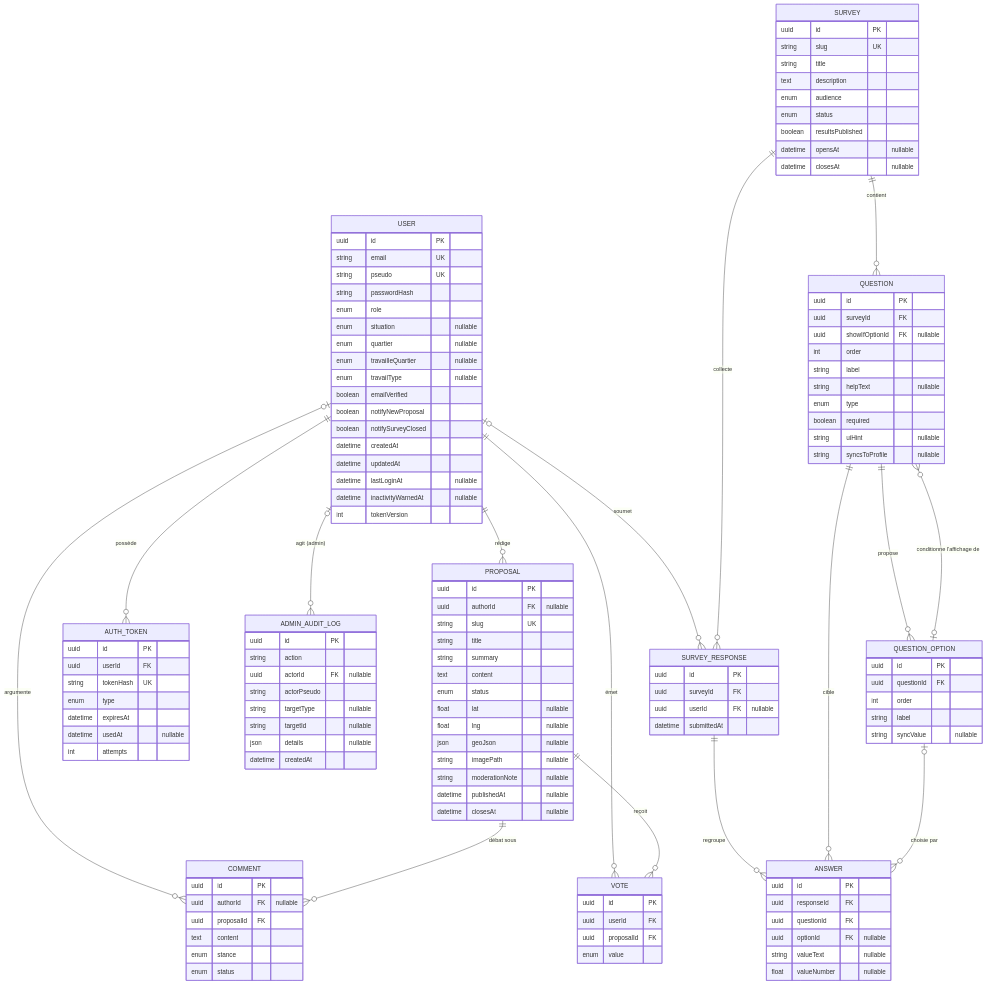
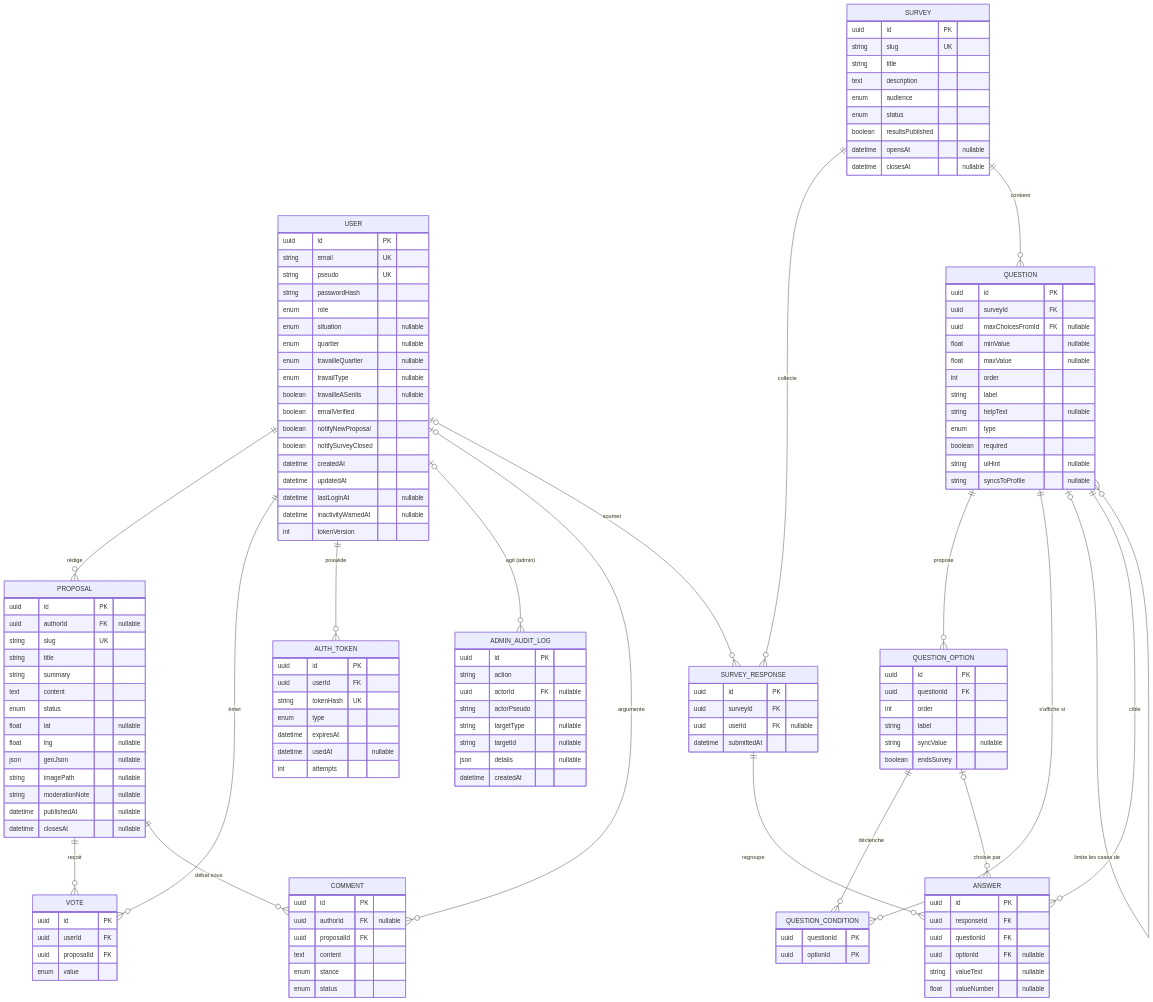
One commit to Nathalie-Leduc/Senlis-Participatif-docs changed the diagram in 02-diagramme-erd.md. Above: the diagram before and after it, drawn with Mermaid. The commit also changed other lines of this file and 10 other files, not shown here.

Commit message:
docs: S5R-05 — QuestionCondition, bornes, fin anticipée (02, 03, 08, 19), packages (13), registre (22), kanban (16)

```diff
--- a/02-diagramme-erd.md
+++ b/02-diagramme-erd.md
@@ -18,7 +18,9 @@
     SURVEY ||--o{ SURVEY_RESPONSE : "collecte"
     SURVEY ||--o{ QUESTION : "contient"
     QUESTION ||--o{ QUESTION_OPTION : "propose"
-    QUESTION_OPTION |o--o{ QUESTION : "conditionne l'affichage de"
+    QUESTION ||--o{ QUESTION_CONDITION : "s'affiche si"
+    QUESTION_OPTION ||--o{ QUESTION_CONDITION : "déclenche"
+    QUESTION |o--o{ QUESTION : "limite les cases de"
     SURVEY_RESPONSE ||--o{ ANSWER : "regroupe"
     QUESTION ||--o{ ANSWER : "cible"
     QUESTION_OPTION |o--o{ ANSWER : "choisie par"
@@ -33,6 +35,7 @@
         enum quartier "nullable"
         enum travailleQuartier "nullable"
         enum travailType "nullable"
+        boolean travailleASenlis "nullable"
         boolean emailVerified
         boolean notifyNewProposal
         boolean notifySurveyClosed
@@ -105,7 +108,9 @@
     QUESTION {
         uuid id PK
         uuid surveyId FK
-        uuid showIfOptionId FK "nullable"
+        uuid maxChoicesFromId FK "nullable"
+        float minValue "nullable"
+        float maxValue "nullable"
         int order
         string label
         string helpText "nullable"
@@ -120,6 +125,11 @@
         int order
         string label
         string syncValue "nullable"
+        boolean endsSurvey
+    }
+    QUESTION_CONDITION {
+        uuid questionId PK
+        uuid optionId PK
     }
     SURVEY_RESPONSE {
         uuid id PK
```
